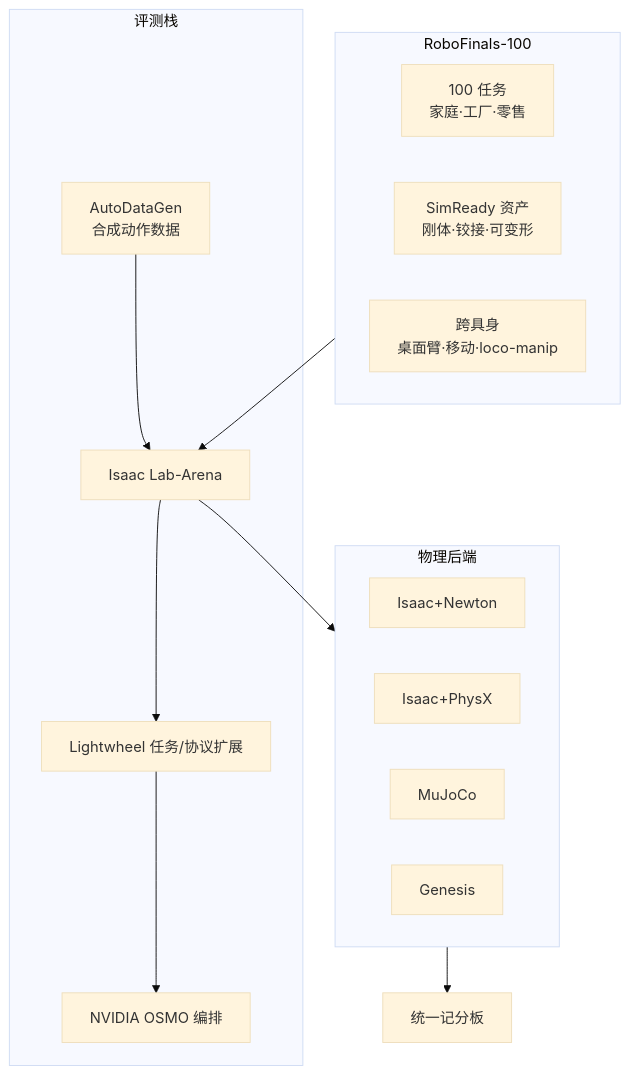
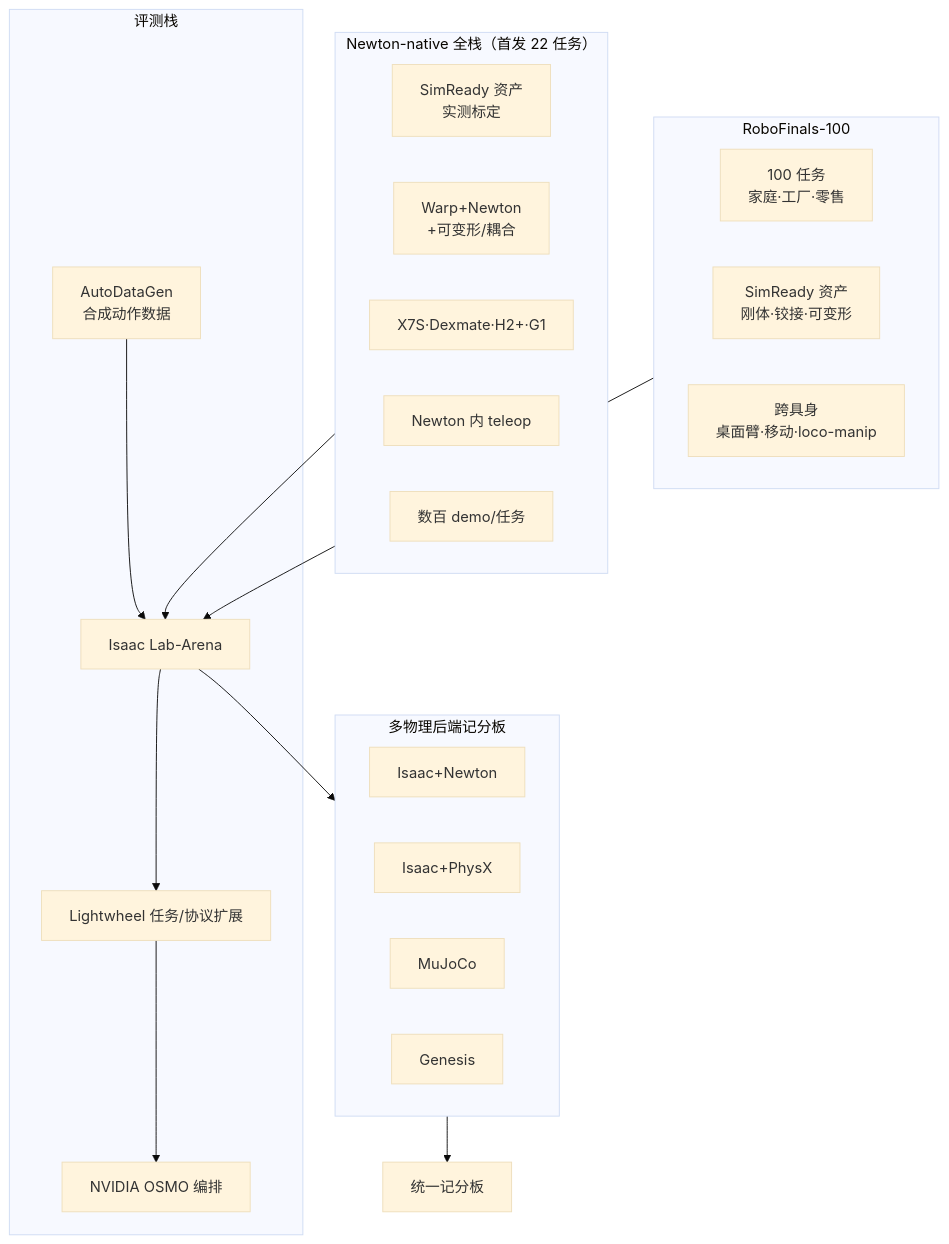
The diagram in wiki/entities/lightwheel-robofinals.md (ImChong/Robotics_Notebooks), drawn with Mermaid (base theme) before and after one commit. The commit also changed other lines of this file and 14 other files, not shown here.

Commit message:
[2026-09-14] ingest | sources/sites/lightwheel_robofinals_newton_native_benchmark.md — RoboFinals Newton-native 全栈评测 benchmark 更新

````diff
--- a/wiki/entities/lightwheel-robofinals.md
+++ b/wiki/entities/lightwheel-robofinals.md
@@ -61,25 +67,33 @@
 ```mermaid
 flowchart TB
   subgraph bench["RoboFinals-100"]
     T["100 任务<br/>家庭·工厂·零售"]
     A["SimReady 资产<br/>刚体·铰接·可变形"]
     E["跨具身<br/>桌面臂·移动·loco-manip"]
   end
   subgraph stack["评测栈"]
     AR["Isaac Lab-Arena"]
     LW["Lightwheel 任务/协议扩展"]
     AD["AutoDataGen<br/>合成动作数据"]
     OS["NVIDIA OSMO 编排"]
   end
-  subgraph back["物理后端"]
+  subgraph newton["Newton-native 全栈（首发 22 任务）"]
+    AS["SimReady 资产<br/>实测标定"]
+    SOL["Warp+Newton<br/>+可变形/耦合"]
+    ROB["X7S·Dexmate·H2+·G1"]
+    TEL["Newton 内 teleop"]
+    DAT["数百 demo/任务"]
+  end
+  subgraph back["多物理后端记分板"]
     N["Isaac+Newton"]
     P["Isaac+PhysX"]
     M["MuJoCo"]
     G["Genesis"]
   end
+  newton --> AR
   bench --> AR
   AD --> AR
   AR --> LW --> OS
   AR --> back
   back --> SC["统一记分板"]
 ```
````
